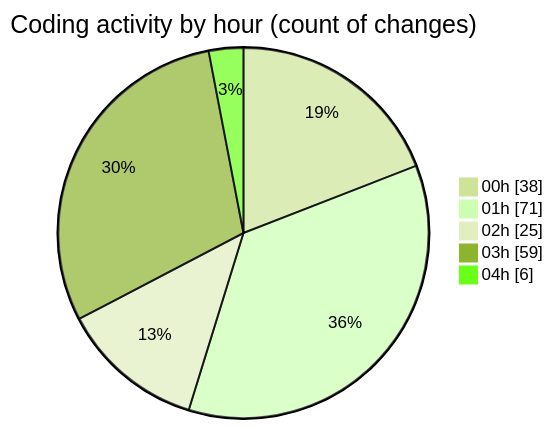
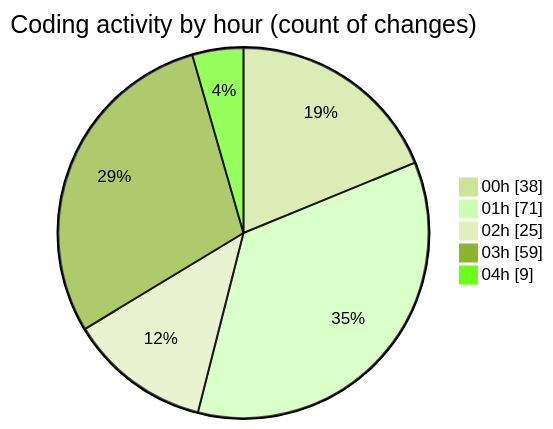
One commit to lephambinh05/code-tracking changed the second of 2 diagrams in 2025-07-27/quanlyrapchieuphim-1/README.md. Above: the diagram before and after it, drawn with Mermaid (forest theme). The commit also changed other lines of this file and 1 other file, not shown here.

````diff
--- a/2025-07-27/quanlyrapchieuphim-1/README.md
+++ b/2025-07-27/quanlyrapchieuphim-1/README.md
@@ -78,9 +78,9 @@
 ```mermaid
 pie showData
 title Coding activity by hour (count of changes)
 "00h" : 38
 "01h" : 71
 "02h" : 25
 "03h" : 59
-"04h" : 6
+"04h" : 9
 ```
````
